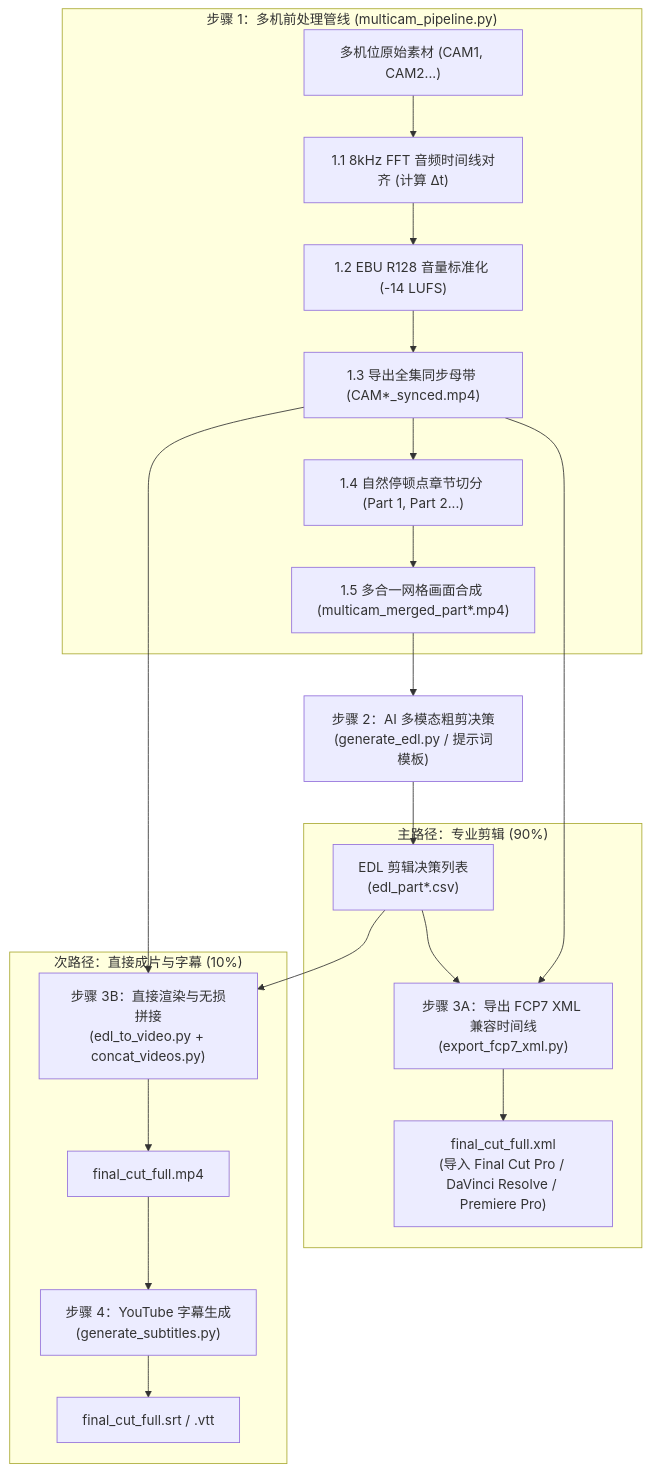
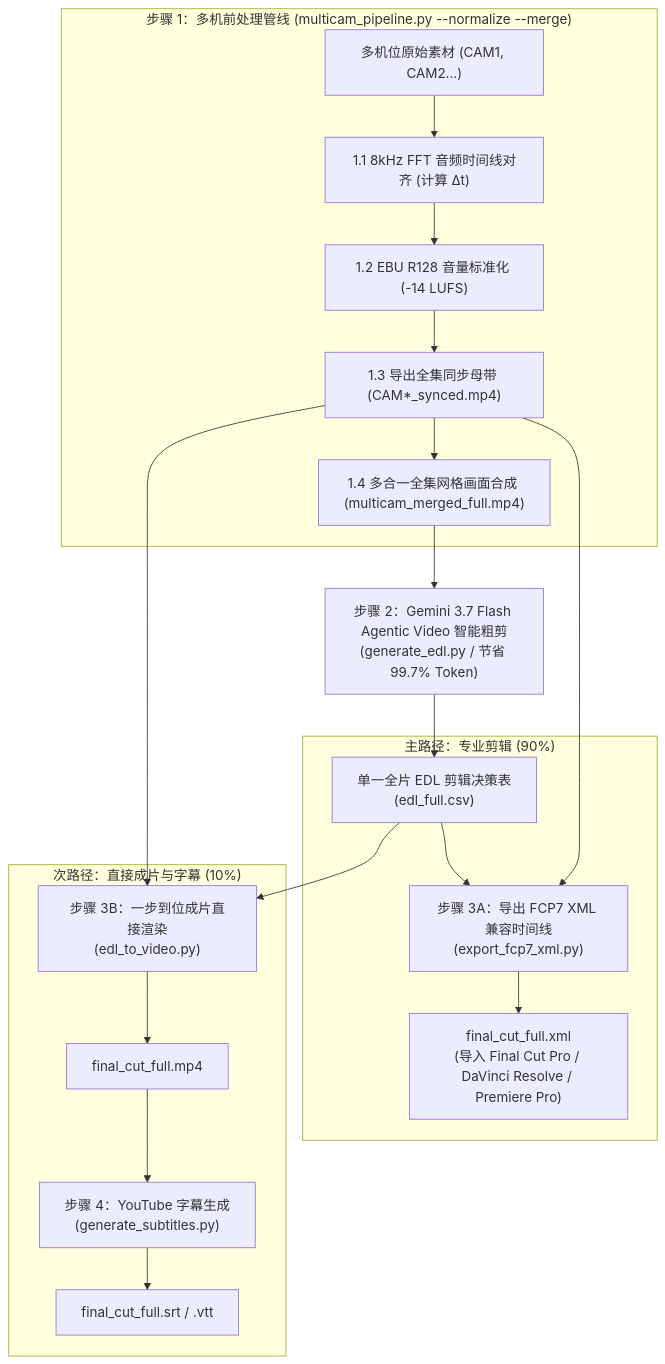
One commit to sylphlin/multicam-video-preprocessing changed the diagram in README.zh-CN.md. Above: the diagram before and after it, drawn with Mermaid. The commit also changed other lines of this file and 13 other files, not shown here.

Commit message:
feat: re-architect pipeline to native Gemini 3.7 Flash Agentic Video zero-split workflow

````diff
--- a/README.zh-CN.md
+++ b/README.zh-CN.md
@@ -57,27 +55,26 @@
 ```mermaid
 flowchart TD
-    subgraph S1["步骤 1：多机前处理管线 (multicam_pipeline.py)"]
+    subgraph S1["步骤 1：多机前处理管线 (multicam_pipeline.py --normalize --merge)"]
         A["多机位原始素材 (CAM1, CAM2...)"] --> S1_1["1.1 8kHz FFT 音频时间线对齐 (计算 Δt)"]
         S1_1 --> S1_2["1.2 EBU R128 音量标准化 (-14 LUFS)"]
         S1_2 --> S1_3["1.3 导出全集同步母带 (CAM*_synced.mp4)"]
-        S1_3 --> S1_4["1.4 自然停顿点章节切分 (Part 1, Part 2...)"]
-        S1_4 --> S1_5["1.5 多合一网格画面合成 (multicam_merged_part*.mp4)"]
+        S1_3 --> S1_4["1.4 多合一全集网格画面合成 (multicam_merged_full.mp4)"]
     end
 
-    S1_5 --> S2["步骤 2：AI 多模态粗剪决策<br/>(generate_edl.py / 提示词模板)"]
-    S2 --> EDL["EDL 剪辑决策列表<br/>(edl_part*.csv)"]
+    S1_4 --> S2["步骤 2：Gemini 3.7 Flash Agentic Video 智能粗剪<br/>(generate_edl.py / 节省 99.7% Token)"]
+    S2 --> EDL["单一全片 EDL 剪辑决策表<br/>(edl_full.csv)"]
 
     subgraph S3A["主路径：专业剪辑 (90%)"]
         S1_3 --> S3A_ACT["步骤 3A：导出 FCP7 XML 兼容时间线<br/>(export_fcp7_xml.py)"]
         EDL --> S3A_ACT
         S3A_ACT --> XML["final_cut_full.xml<br/>(导入 Final Cut Pro / DaVinci Resolve / Premiere Pro)"]
     end
 
     subgraph S3B["次路径：直接成片与字幕 (10%)"]
-        S1_3 --> S3B_ACT["步骤 3B：直接渲染与无损拼接<br/>(edl_to_video.py + concat_videos.py)"]
+        S1_3 --> S3B_ACT["步骤 3B：一步到位成片直接渲染<br/>(edl_to_video.py)"]
         EDL --> S3B_ACT
         S3B_ACT --> MP4["final_cut_full.mp4"]
         MP4 --> S4["步骤 4：YouTube 字幕生成<br/>(generate_subtitles.py)"]
         S4 --> SRT["final_cut_full.srt / .vtt"]
     end
 ```
````
